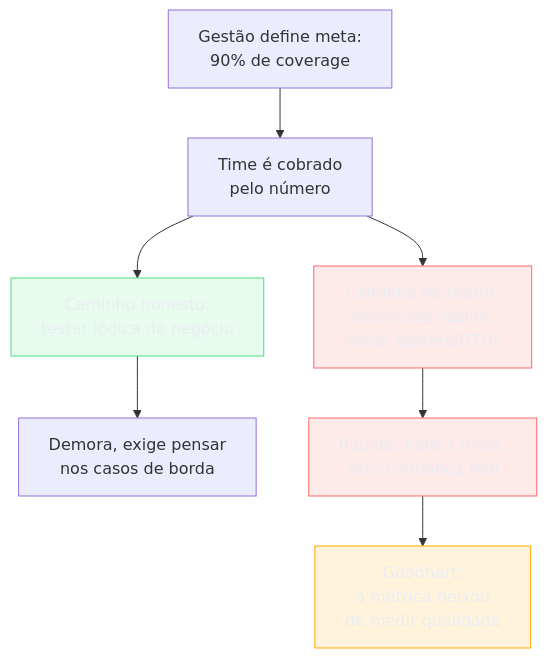
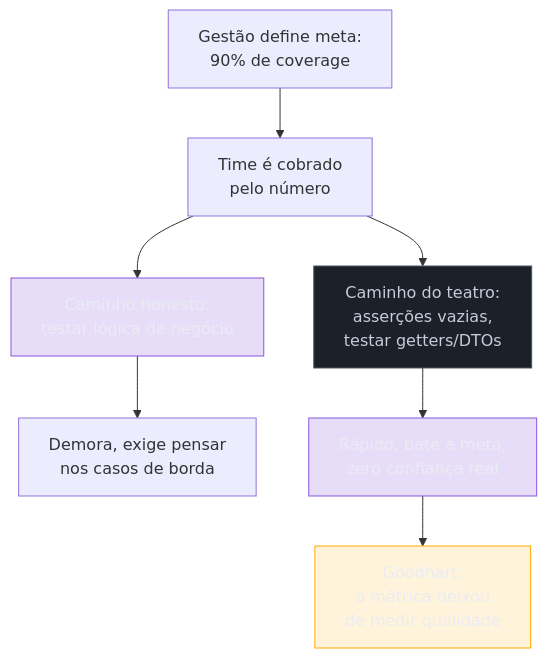
One commit to josenaldo/codex-technomanticus changed the third of 6 diagrams in 03-Dominios/Engenharia/Testes/12 - Coverage e mutation testing.md. Above: the diagram before and after it, drawn with Mermaid. The commit also changed other lines of this file and 601 other files, not shown here.

````diff
--- a/03-Dominios/Engenharia/Testes/12 - Coverage e mutation testing.md
+++ b/03-Dominios/Engenharia/Testes/12 - Coverage e mutation testing.md
@@ -125,17 +125,17 @@
 ```mermaid
 flowchart TD
-    classDef falha fill:#FF6B6B24,stroke:#FF6B6B,color:#E9ECF2
+    classDef marca fill:#8855DF33,stroke:#8855DF,color:#E9ECF2
+    classDef neutro fill:#1B2029,stroke:#4E5666,color:#C6CCD8
     classDef destaque fill:#FFAA0024,stroke:#FFAA00,color:#E9ECF2
-    classDef ok fill:#4ADE8021,stroke:#4ADE80,color:#E9ECF2
     A["Gestão define meta:<br/>90% de coverage"] --> B["Time é cobrado<br/>pelo número"]
     B --> C["Caminho honesto:<br/>testar lógica de negócio"]
     B --> D["Caminho do teatro:<br/>asserções vazias,<br/>testar getters/DTOs"]
     C --> E["Demora, exige pensar<br/>nos casos de borda"]
     D --> F["Rápido, bate a meta,<br/>zero confiança real"]
     F --> G["Goodhart:<br/>a métrica deixou<br/>de medir qualidade"]
 
-    class D falha
-    class F falha
+    class D neutro
+    class F marca
     class G destaque
-    class C ok
+    class C marca
 ```
````
